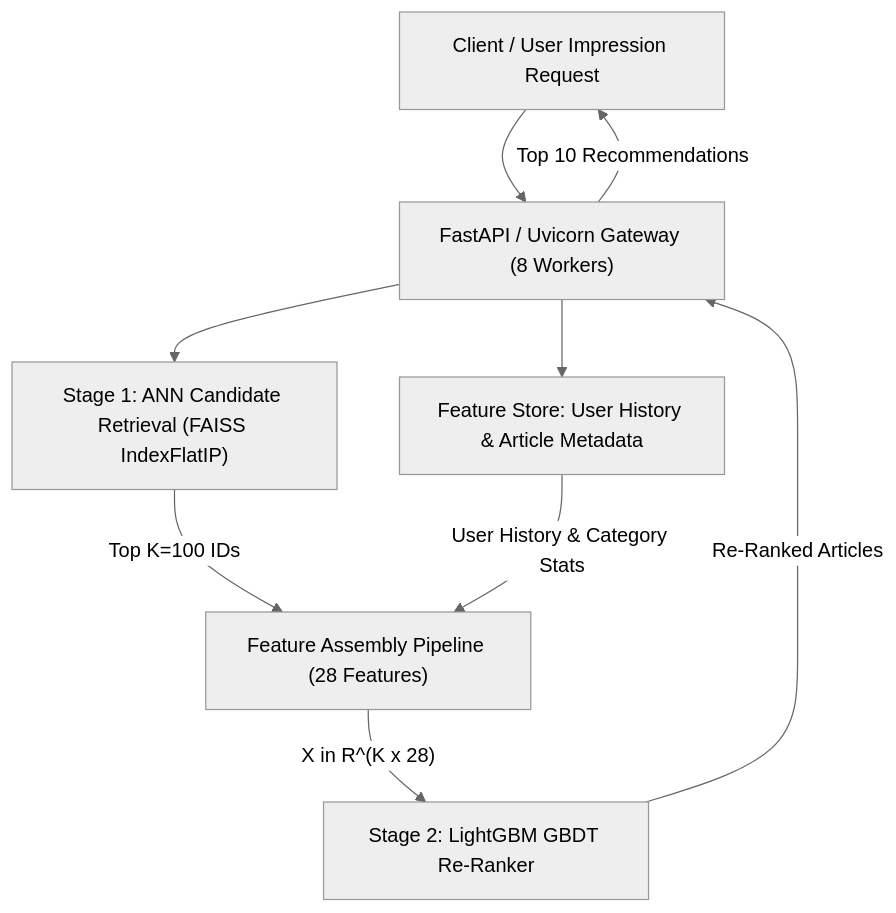
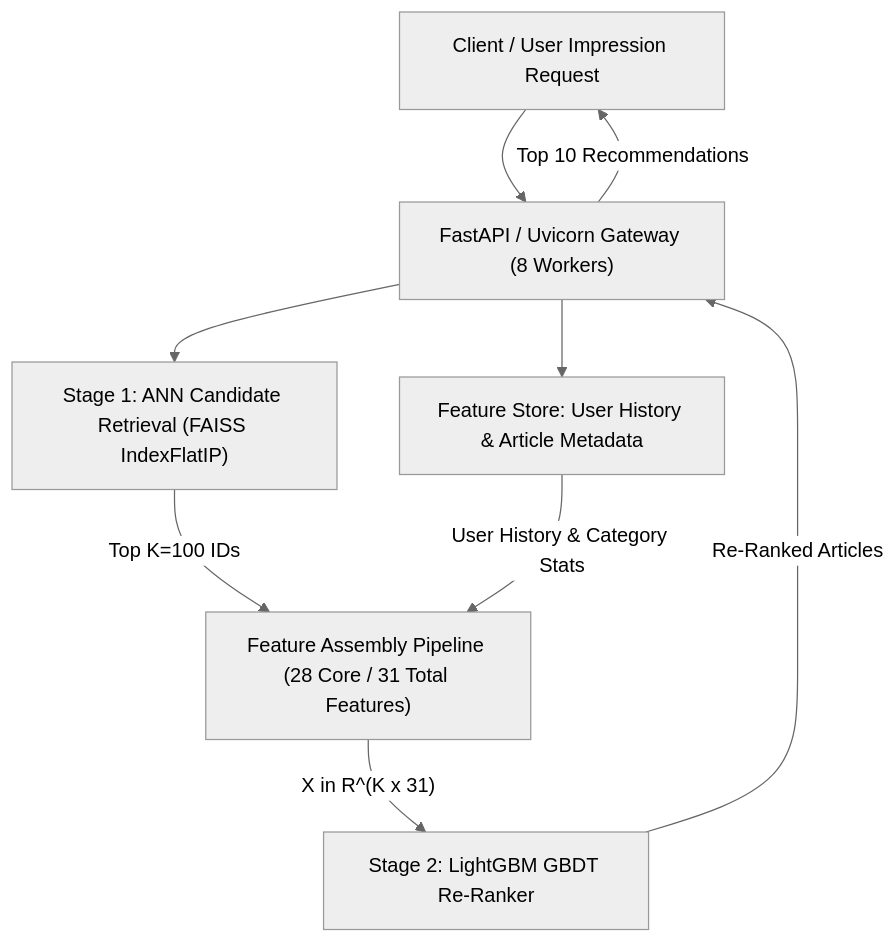
The second of 2 diagrams in a2.md (muskanjain72/ire-asmt2), drawn with Mermaid (neutral theme) before and after one commit. The commit also changed other lines of this file and 9 other files, not shown here.

````diff
--- a/a2.md
+++ b/a2.md
@@ -1163,11 +1163,11 @@
 ```mermaid
 graph TD
     Client["Client / User Impression Request"] --> API["FastAPI / Uvicorn Gateway (8 Workers)"]
     API --> Stage1["Stage 1: ANN Candidate Retrieval (FAISS IndexFlatIP)"]
     API --> Store["Feature Store: User History & Article Metadata"]
-    Stage1 -->|"Top K=100 IDs"| FeatureAssembly["Feature Assembly Pipeline (28 Features)"]
+    Stage1 -->|"Top K=100 IDs"| FeatureAssembly["Feature Assembly Pipeline (28 Core / 31 Total Features)"]
     Store -->|"User History & Category Stats"| FeatureAssembly
-    FeatureAssembly -->|"X in R^(K x 28)"| Stage2["Stage 2: LightGBM GBDT Re-Ranker"]
+    FeatureAssembly -->|"X in R^(K x 31)"| Stage2["Stage 2: LightGBM GBDT Re-Ranker"]
     Stage2 -->|"Re-Ranked Articles"| API
     API -->|"Top 10 Recommendations"| Client
 ```
````
